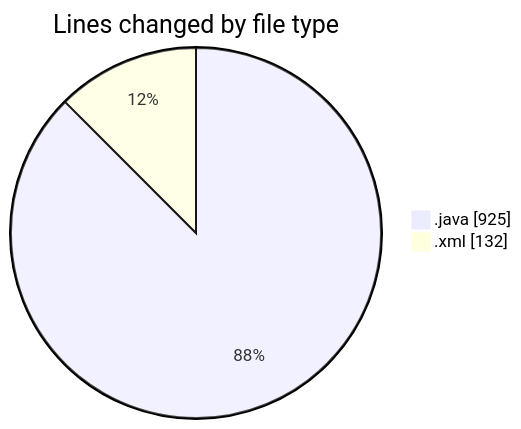
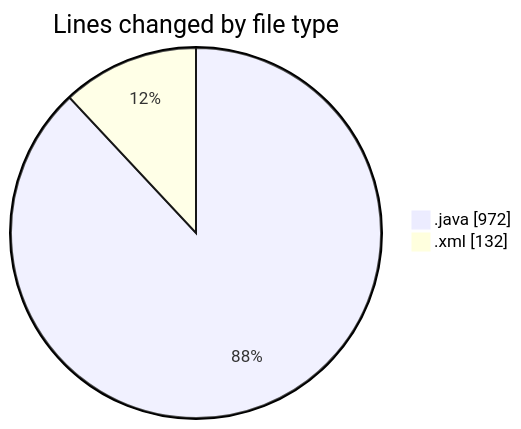
Before and after one commit to CELIANVF/code-tracking: the first of 2 diagrams in 2025-06-06/androidsumapp/README.md, drawn with Mermaid. The commit also changed other lines of this file and 1 other file, not shown here.

````diff
--- a/2025-06-06/androidsumapp/README.md
+++ b/2025-06-06/androidsumapp/README.md
@@ -22,6 +22,6 @@
 ```mermaid
 pie showData
 title Lines changed by file type
-".java" : 925
+".java" : 972
 ".xml" : 132
 ```
````
